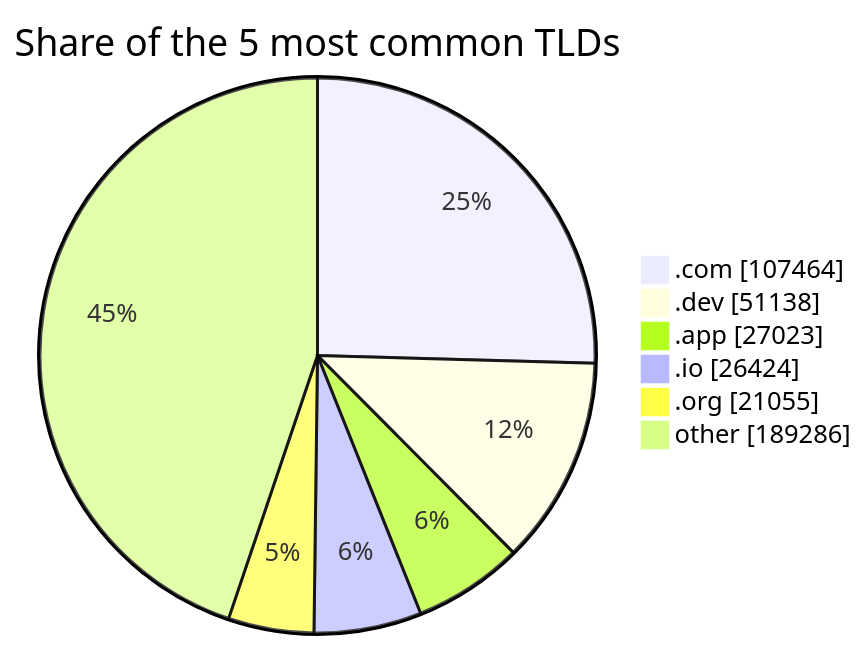
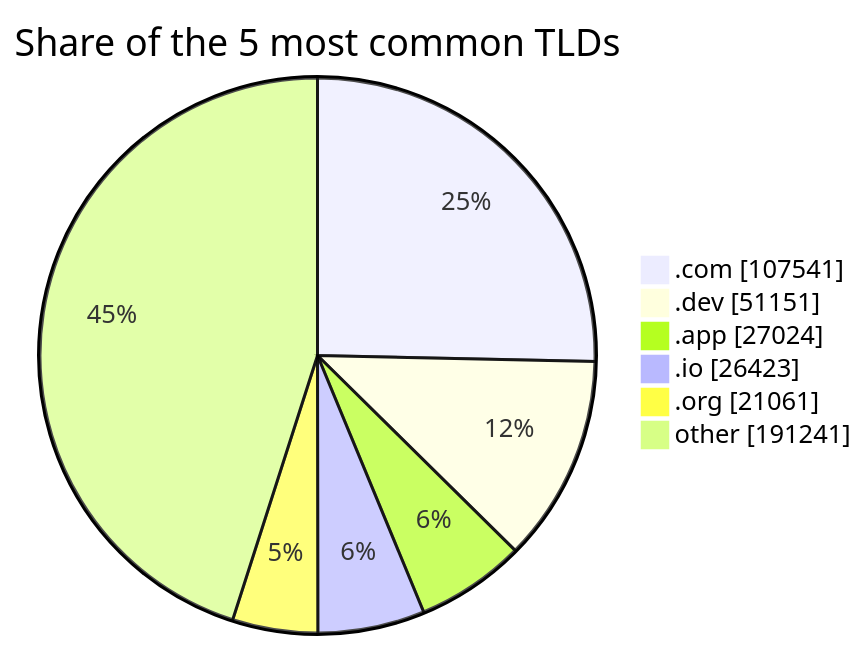
The third of 3 diagrams in README.md (DNSBunker/CTI), drawn with Mermaid before and after one commit. The commit also changed other lines of this file and 3 other files, not shown here.

````diff
--- a/README.md
+++ b/README.md
@@ -81,9 +81,9 @@
 ```mermaid
 pie showData title Share of the 5 most common TLDs
-    ".com" : 107464
-    ".dev" : 51138
-    ".app" : 27023
-    ".io" : 26424
-    ".org" : 21055
-    "other" : 189286
+    ".com" : 107541
+    ".dev" : 51151
+    ".app" : 27024
+    ".io" : 26423
+    ".org" : 21061
+    "other" : 191241
 ```
````
